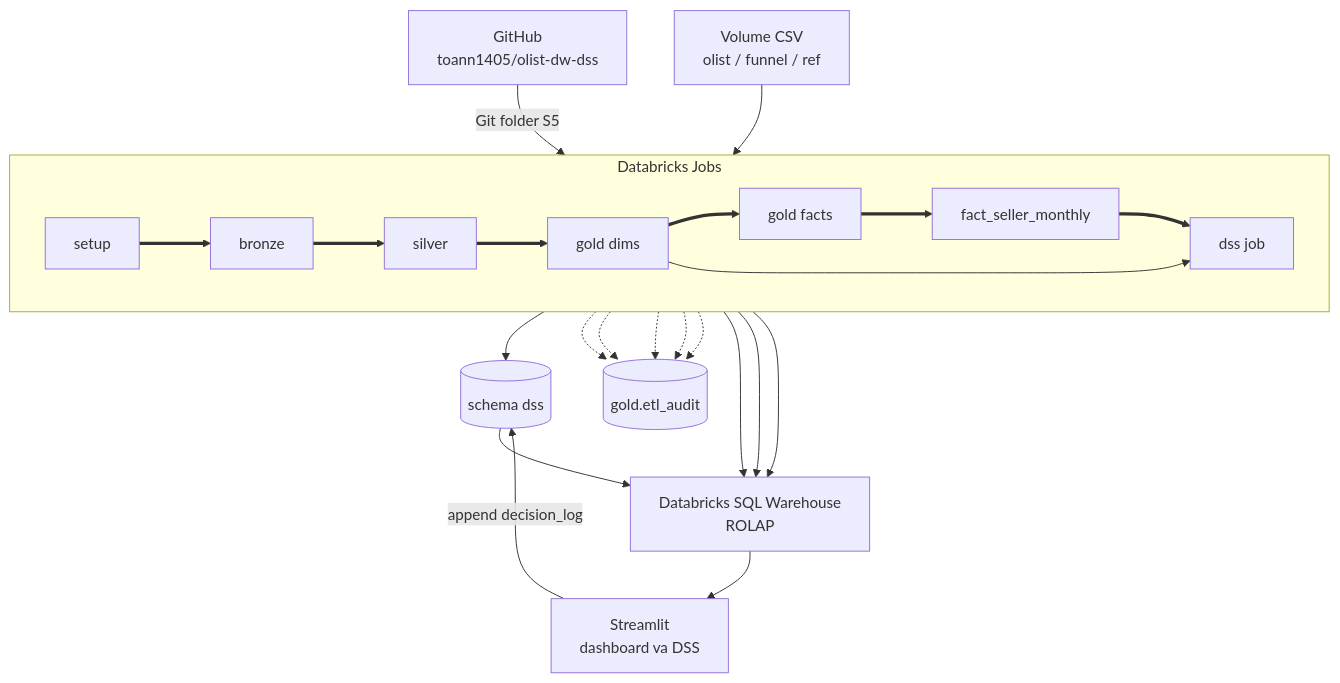
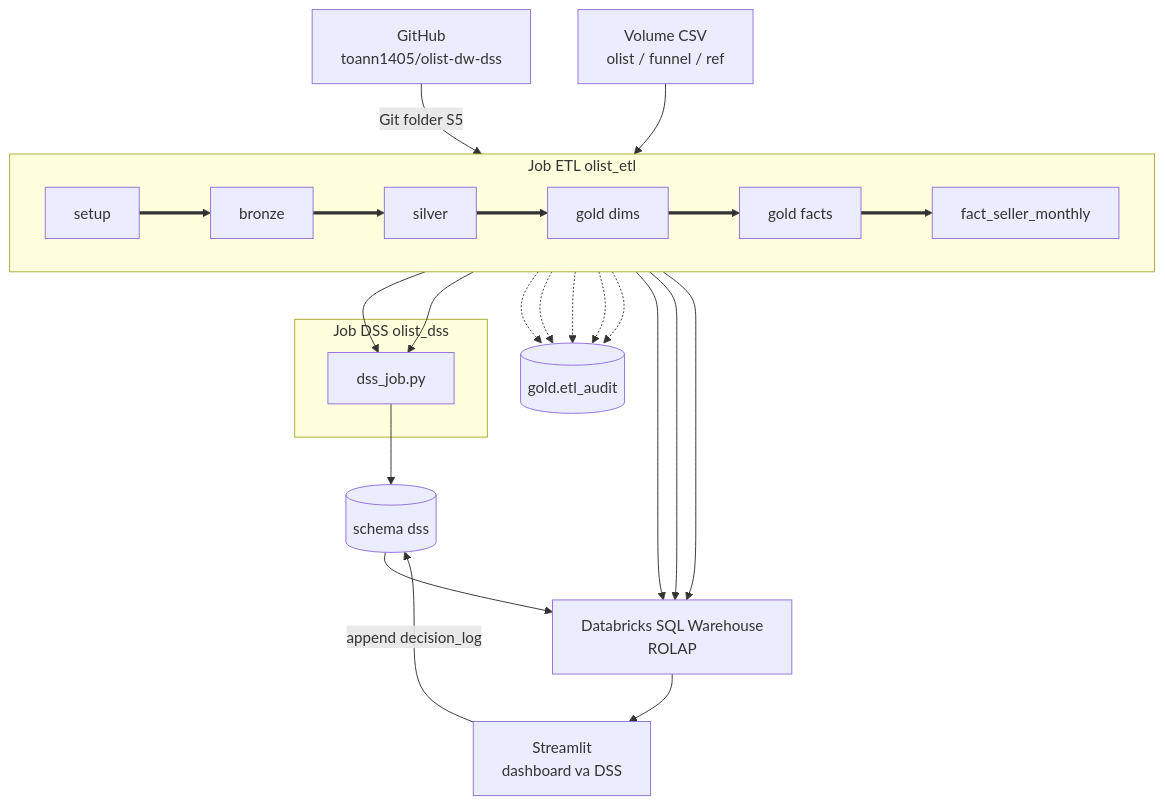
One commit to toann1405/olist-dw-dss changed the diagram in docs/architecture.md. Above: the diagram before and after it, drawn with Mermaid. The commit also changed other lines of this file and 23 other files, not shown here.

````diff
--- a/docs/architecture.md
+++ b/docs/architecture.md
@@ -7,37 +7,41 @@
 ```mermaid
 flowchart TB
   gh["GitHub<br/>toann1405/olist-dw-dss"]
   vol["Volume CSV<br/>olist / funnel / ref"]
   wh["Databricks SQL Warehouse<br/>ROLAP"]
   st["Streamlit<br/>dashboard va DSS"]
   audit[(gold.etl_audit)]
   dss[(schema dss)]
 
-  subgraph jobs [Databricks Jobs]
+  subgraph etl [Job ETL olist_etl]
     direction LR
     setup[setup] ==> bronze[bronze]
     bronze ==> silver[silver]
     silver ==> dims[gold dims]
     dims ==> facts[gold facts]
     facts ==> monthly[fact_seller_monthly]
-    monthly ==> dssjob[dss job]
+  end
+
+  subgraph dssjobbox [Job DSS olist_dss]
+    dssjob[dss_job.py]
   end
 
   gh -->|Git folder S5| setup
   vol --> bronze
+  monthly --> dssjob
   dims --> dssjob
   dssjob --> dss
 
   bronze -.-> audit
   silver -.-> audit
   dims -.-> audit
   facts -.-> audit
   monthly -.-> audit
 
   facts --> wh
   monthly --> wh
   dims --> wh
   dss --> wh
   wh --> st
   st -->|append decision_log| dss
 ```
````
